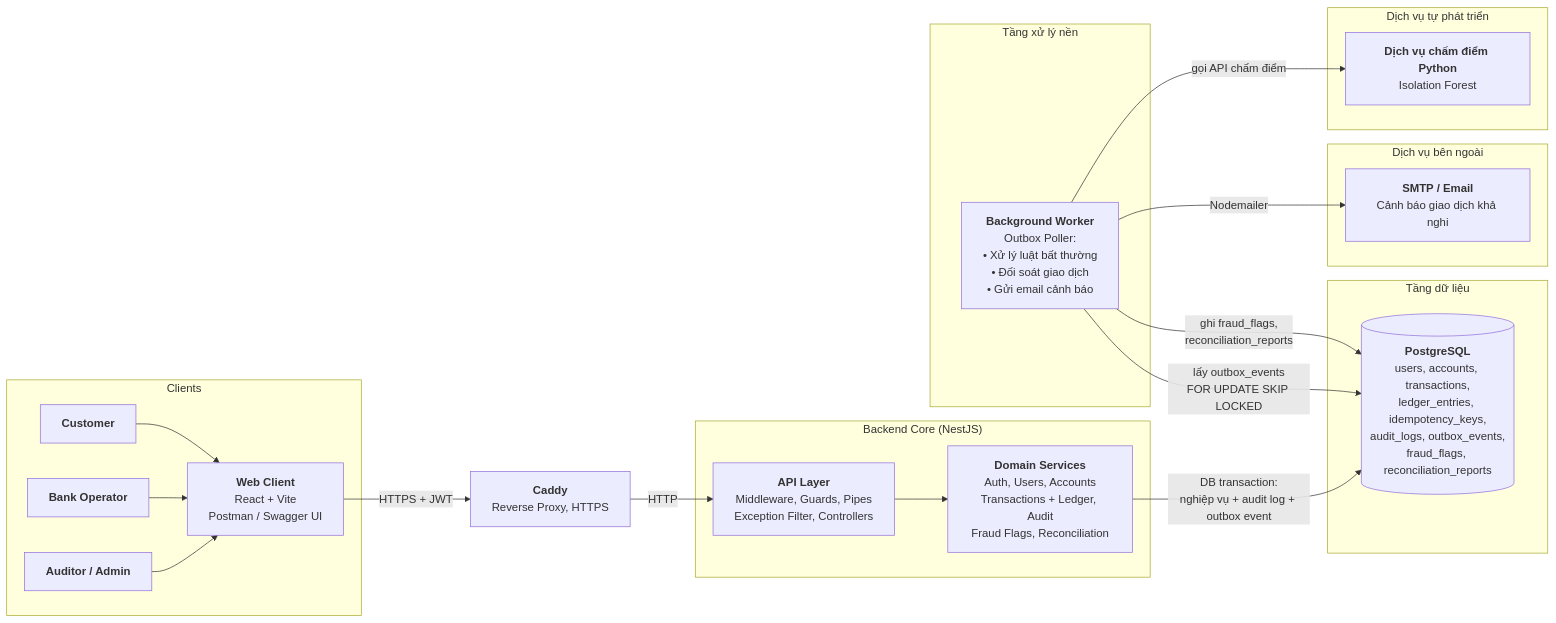
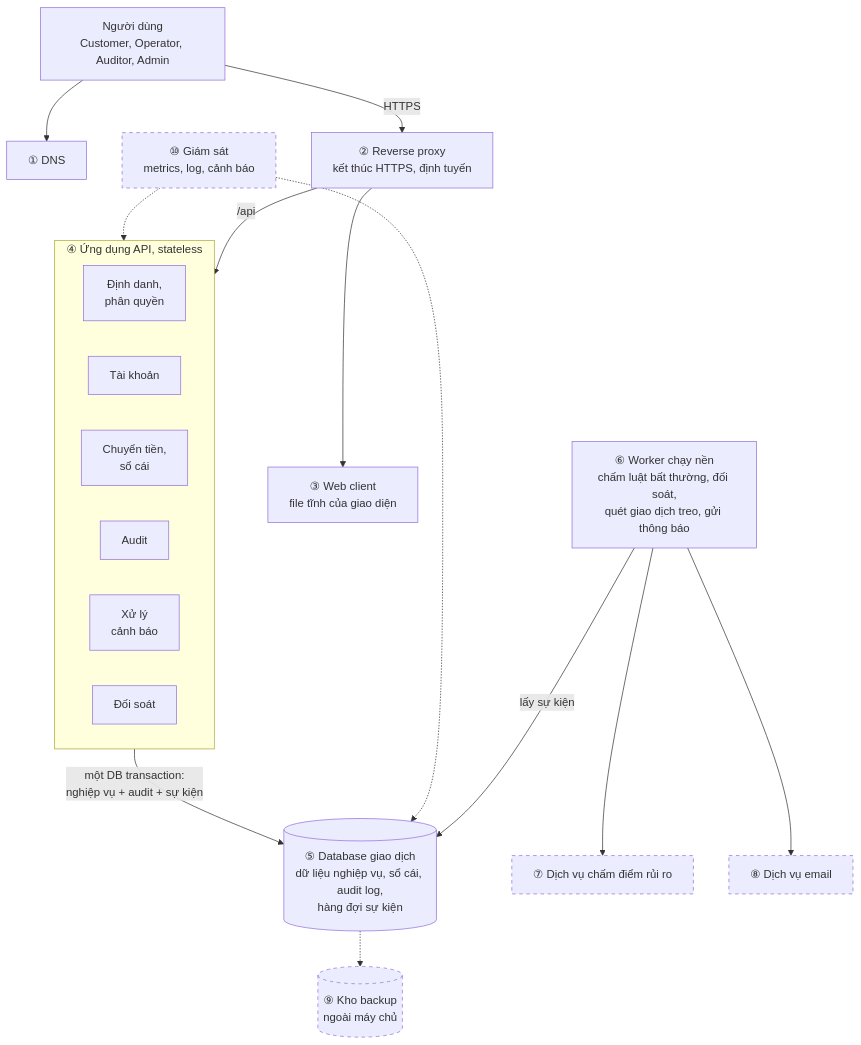
One commit to LeQuangMien10/CloudApplicationDevelopment changed the first of 5 diagrams in docs/overview/kien-truc.md. Above: the diagram before and after it, drawn with Mermaid. The commit also changed other lines of this file and 2 other files, not shown here.

First line of the commit message:
docs(kien-truc): viết lại theo khung System Architecture 10 mục

````diff
--- a/docs/overview/kien-truc.md
+++ b/docs/overview/kien-truc.md
@@ -11,44 +26,39 @@
 ```mermaid
-flowchart LR
-    subgraph CLIENTS["Clients"]
-        C1["<b>Customer</b>"]
-        C2["<b>Bank Operator</b>"]
-        C3["<b>Auditor / Admin</b>"]
-        UI["<b>Web Client</b><br>React + Vite<br>Postman / Swagger UI"]
-        C1 --> UI
-        C2 --> UI
-        C3 --> UI
+flowchart TB
+    U["Người dùng<br/>Customer, Operator, Auditor, Admin"]
+    N1["① DNS"]
+    N2["② Reverse proxy<br/>kết thúc HTTPS, định tuyến"]
+    N3["③ Web client<br/>file tĩnh của giao diện"]
+
+    subgraph APP["④ Ứng dụng API, stateless"]
+        direction LR
+        M1["Định danh,<br/>phân quyền"]
+        M2["Tài khoản"]
+        M3["Chuyển tiền,<br/>sổ cái"]
+        M4["Audit"]
+        M5["Xử lý<br/>cảnh báo"]
+        M6["Đối soát"]
     end
- 
-    PROXY["<b>Caddy</b><br>Reverse Proxy, HTTPS"]
- 
-    subgraph CORE["Backend Core (NestJS)"]
-        API["<b>API Layer</b><br>Middleware, Guards, Pipes<br>Exception Filter, Controllers"]
-        DOM["<b>Domain Services</b><br>Auth, Users, Accounts<br>Transactions + Ledger, Audit<br>Fraud Flags, Reconciliation"]
-        API --> DOM
-    end
- 
-    subgraph WORKER["Tầng xử lý nền"]
-        W["<b>Background Worker</b><br>Outbox Poller:<br>• Xử lý luật bất thường<br>• Đối soát giao dịch<br>• Gửi email cảnh báo"]
-    end
- 
-    subgraph DATA["Tầng dữ liệu"]
-        PG[("<b>PostgreSQL</b><br>users, accounts, transactions,<br>ledger_entries, idempotency_keys,<br>audit_logs, outbox_events,<br>fraud_flags, reconciliation_reports")]
-    end
- 
-    subgraph EXT["Dịch vụ bên ngoài"]
-        SMTP["<b>SMTP / Email</b><br>Cảnh báo giao dịch khả nghi"]
-    end
- 
-    subgraph INT["Dịch vụ tự phát triển"]
-        AI["<b>Dịch vụ chấm điểm Python</b><br>Isolation Forest"]
-    end
- 
-    UI -- "HTTPS + JWT" --> PROXY
-    PROXY -- "HTTP" --> API
-    DOM -- "DB transaction:<br>nghiệp vụ + audit log + outbox event" --> PG
-    W -- "lấy outbox_events<br>FOR UPDATE SKIP LOCKED" --> PG
-    W -- "ghi fraud_flags,<br>reconciliation_reports" --> PG
-    W -- "Nodemailer" --> SMTP
-    W -- "gọi API chấm điểm" --> AI
+
+    DB[("⑤ Database giao dịch<br/>dữ liệu nghiệp vụ, sổ cái, audit log,<br/>hàng đợi sự kiện")]
+    W["⑥ Worker chạy nền<br/>chấm luật bất thường, đối soát,<br/>quét giao dịch treo, gửi thông báo"]
+    S["⑦ Dịch vụ chấm điểm rủi ro"]
+    E["⑧ Dịch vụ email"]
+    B[("⑨ Kho backup<br/>ngoài máy chủ")]
+    O["⑩ Giám sát<br/>metrics, log, cảnh báo"]
+
+    U --> N1
+    U -- HTTPS --> N2
+    N2 --> N3
+    N2 -- "/api" --> APP
+    APP -- "một DB transaction:<br/>nghiệp vụ + audit + sự kiện" --> DB
+    W -- "lấy sự kiện" --> DB
+    W --> S
+    W --> E
+    DB -.-> B
+    O -.-> APP
+    O -.-> DB
+
+    classDef planned stroke-dasharray: 5 5
+    class S,E,B,O planned
 ```
````
